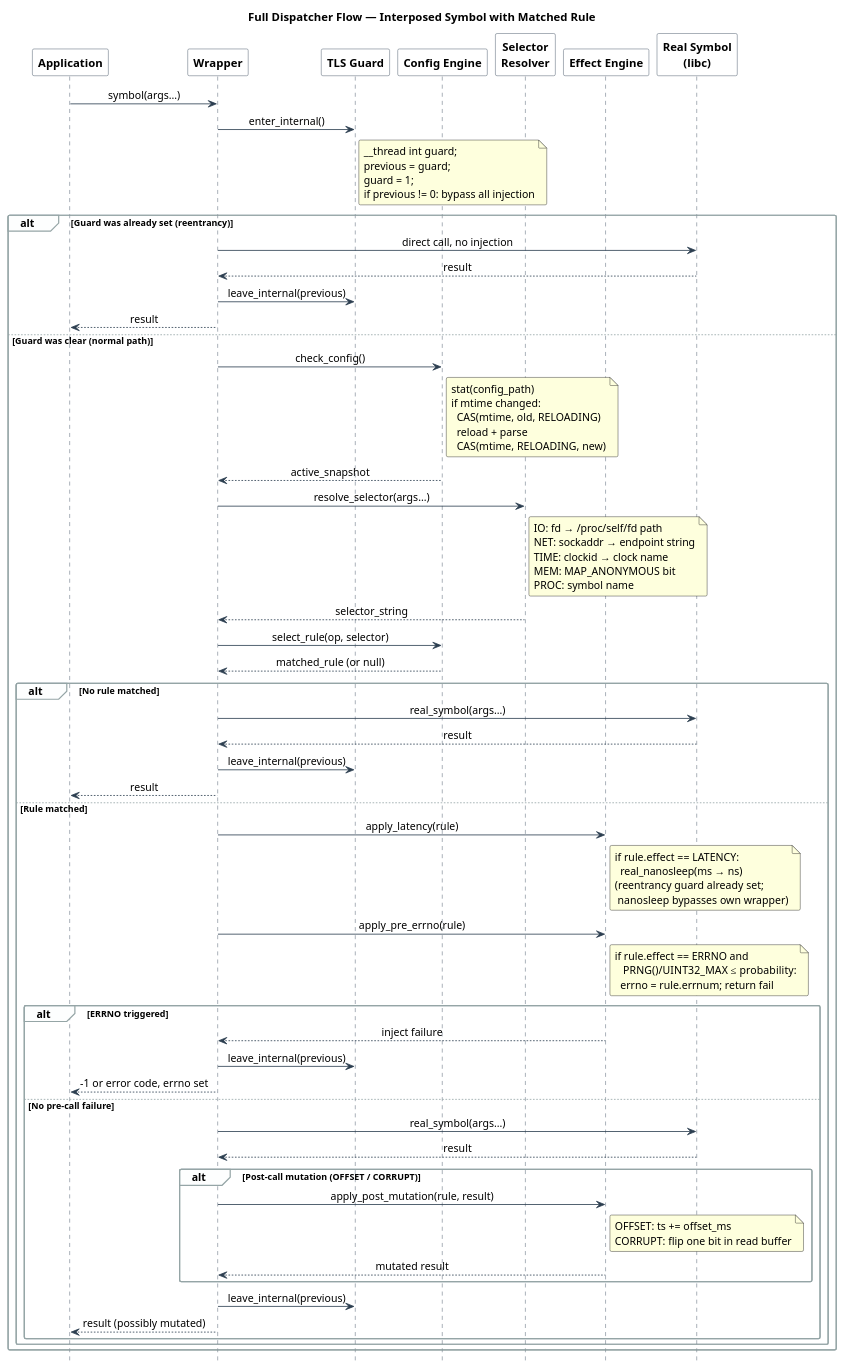
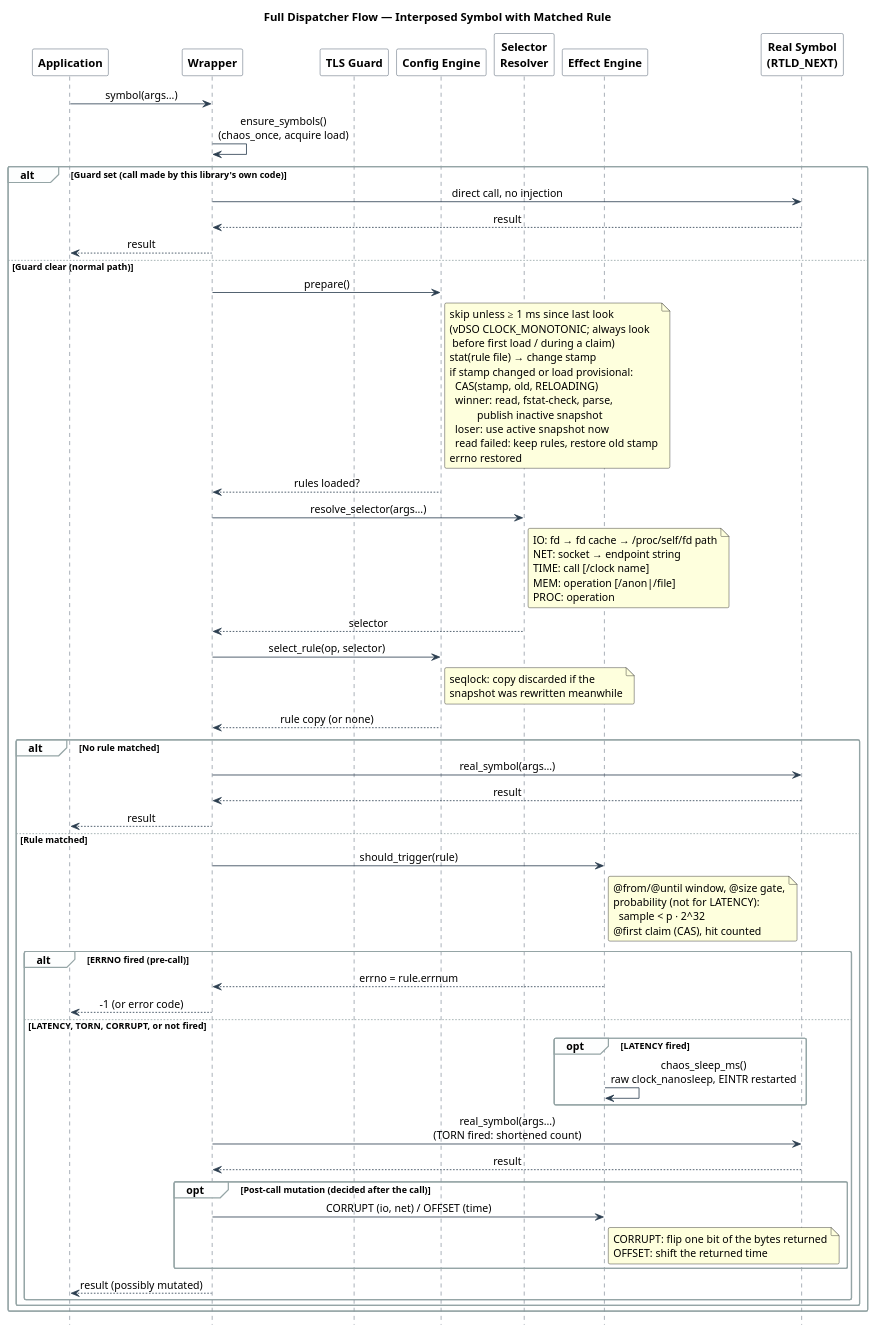
One commit to macstab/macstab-chaos-testing-libraries changed the first of 3 diagrams in docs/ARCHITECTURE.md. Above: the diagram before and after it, drawn with PlantUML. The commit also changed other lines of this file and 324 other files, not shown here.

First line of the commit message:
feat: SECCOMP injection mode (chaos-init), review fixes, full coverage (#33)

```diff
--- a/docs/ARCHITECTURE.md
+++ b/docs/ARCHITECTURE.md
@@ -119,87 +203,79 @@
 participant "Config Engine"  as Config
 participant "Selector\nResolver" as Sel
 participant "Effect Engine"  as FX
-participant "Real Symbol\n(libc)"  as Real
+participant "Real Symbol\n(RTLD_NEXT)"  as Real
 
 App -> Wrap : symbol(args…)
+Wrap -> Wrap : ensure_symbols()\n(chaos_once, acquire load)
 
-Wrap -> Guard : enter_internal()
-note right of Guard
-  __thread int guard;
-  previous = guard;
-  guard = 1;
-  if previous != 0: bypass all injection
-end note
-
-alt Guard was already set (reentrancy)
+alt Guard set (call made by this library's own code)
   Wrap -> Real : direct call, no injection
   Real --> Wrap : result
-  Wrap -> Guard : leave_internal(previous)
   Wrap --> App : result
-else Guard was clear (normal path)
+else Guard clear (normal path)
 
-  Wrap -> Config : check_config()
+  Wrap -> Config : prepare()
   note right of Config
-    stat(config_path)
-    if mtime changed:
-      CAS(mtime, old, RELOADING)
-      reload + parse
-      CAS(mtime, RELOADING, new)
+    skip unless ≥ 1 ms since last look
+    (vDSO CLOCK_MONOTONIC; always look
+     before first load / during a claim)
+    stat(rule file) → change stamp
+    if stamp changed or load provisional:
+      CAS(stamp, old, RELOADING)
+      winner: read, fstat-check, parse,
+              publish inactive snapshot
+      loser:  use active snapshot now
+      read failed: keep rules, restore old stamp
+    errno restored
   end note
-  Config --> Wrap : active_snapshot
+  Config --> Wrap : rules loaded?
 
   Wrap -> Sel : resolve_selector(args…)
   note right of Sel
-    IO: fd → /proc/self/fd path
-    NET: sockaddr → endpoint string
-    TIME: clockid → clock name
-    MEM: MAP_ANONYMOUS bit
-    PROC: symbol name
+    IO: fd → fd cache → /proc/self/fd path
+    NET: socket → endpoint string
+    TIME: call [/clock name]
+    MEM: operation [/anon|/file]
+    PROC: operation
   end note
-  Sel --> Wrap : selector_string
+  Sel --> Wrap : selector
 
   Wrap -> Config : select_rule(op, selector)
-  Config --> Wrap : matched_rule (or null)
+  note right of Config
+    seqlock: copy discarded if the
+    snapshot was rewritten meanwhile
+  end note
+  Config --> Wrap : rule copy (or none)
 
   alt No rule matched
     Wrap -> Real : real_symbol(args…)
     Real --> Wrap : result
-    Wrap -> Guard : leave_internal(previous)
     Wrap --> App : result
   else Rule matched
-    Wrap -> FX : apply_latency(rule)
+    Wrap -> FX : should_trigger(rule)
     note right of FX
-      if rule.effect == LATENCY:
-        real_nanosleep(ms → ns)
-      (reentrancy guard already set;
-       nanosleep bypasses own wrapper)
+      @from/@until window, @size gate,
+      probability (not for LATENCY):
+        sample < p · 2^32
+      @first claim (CAS), hit counted
     end note
 
-    Wrap -> FX : apply_pre_errno(rule)
-    note right of FX
-      if rule.effect == ERRNO and
-         PRNG()/UINT32_MAX ≤ probability:
-        errno = rule.errnum; return fail
-    end note
-
-    alt ERRNO triggered
-      FX --> Wrap : inject failure
-      Wrap -> Guard : leave_internal(previous)
-      Wrap --> App : -1 or error code, errno set
-    else No pre-call failure
-      Wrap -> Real : real_symbol(args…)
+    alt ERRNO fired (pre-call)
+      FX --> Wrap : errno = rule.errnum
+      Wrap --> App : -1 (or error code)
+    else LATENCY, TORN, CORRUPT, or not fired
+      opt LATENCY fired
+        FX -> FX : chaos_sleep_ms()\nraw clock_nanosleep, EINTR restarted
+      end
+      Wrap -> Real : real_symbol(args…)\n(TORN fired: shortened count)
       Real --> Wrap : result
-
-      alt Post-call mutation (OFFSET / CORRUPT)
-        Wrap -> FX : apply_post_mutation(rule, result)
+      opt Post-call mutation (decided after the call)
+        Wrap -> FX : CORRUPT (io, net) / OFFSET (time)
         note right of FX
-          OFFSET: ts += offset_ms
-          CORRUPT: flip one bit in read buffer
+          CORRUPT: flip one bit of the bytes returned
+          OFFSET: shift the returned time
         end note
-        FX --> Wrap : mutated result
       end
-
-      Wrap -> Guard : leave_internal(previous)
       Wrap --> App : result (possibly mutated)
     end
   end
```
